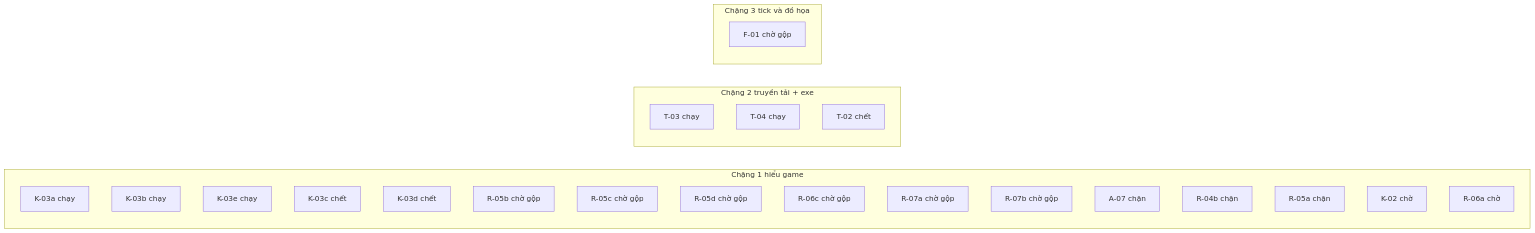
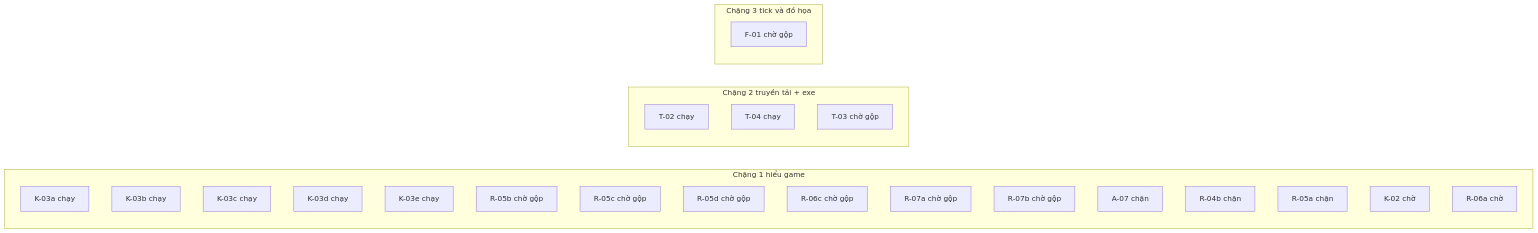
One commit to ndtangoss-dev/jx1-reports changed the diagram in JX1_OPS/STATE/TIEN-DO.md. Above: the diagram before and after it, drawn with Mermaid. The commit also changed other lines of this file and 3 other files, not shown here.

````diff
--- a/JX1_OPS/STATE/TIEN-DO.md
+++ b/JX1_OPS/STATE/TIEN-DO.md
@@ -9,29 +9,29 @@
 ```mermaid
 flowchart LR
   subgraph S1["Chặng 1 hiểu game"]
     K_03a["K-03a chạy"]
     K_03b["K-03b chạy"]
+    K_03c["K-03c chạy"]
+    K_03d["K-03d chạy"]
     K_03e["K-03e chạy"]
-    K_03c["K-03c chết"]
-    K_03d["K-03d chết"]
     R_05b["R-05b chờ gộp"]
     R_05c["R-05c chờ gộp"]
     R_05d["R-05d chờ gộp"]
     R_06c["R-06c chờ gộp"]
     R_07a["R-07a chờ gộp"]
     R_07b["R-07b chờ gộp"]
     A_07["A-07 chặn"]
     R_04b["R-04b chặn"]
     R_05a["R-05a chặn"]
     K_02["K-02 chờ"]
     R_06a["R-06a chờ"]
   end
   subgraph S2["Chặng 2 truyền tải + exe"]
-    T_03["T-03 chạy"]
+    T_02["T-02 chạy"]
     T_04["T-04 chạy"]
-    T_02["T-02 chết"]
+    T_03["T-03 chờ gộp"]
   end
   subgraph S3["Chặng 3 tick và đồ họa"]
     F_01["F-01 chờ gộp"]
   end
 ```
````
